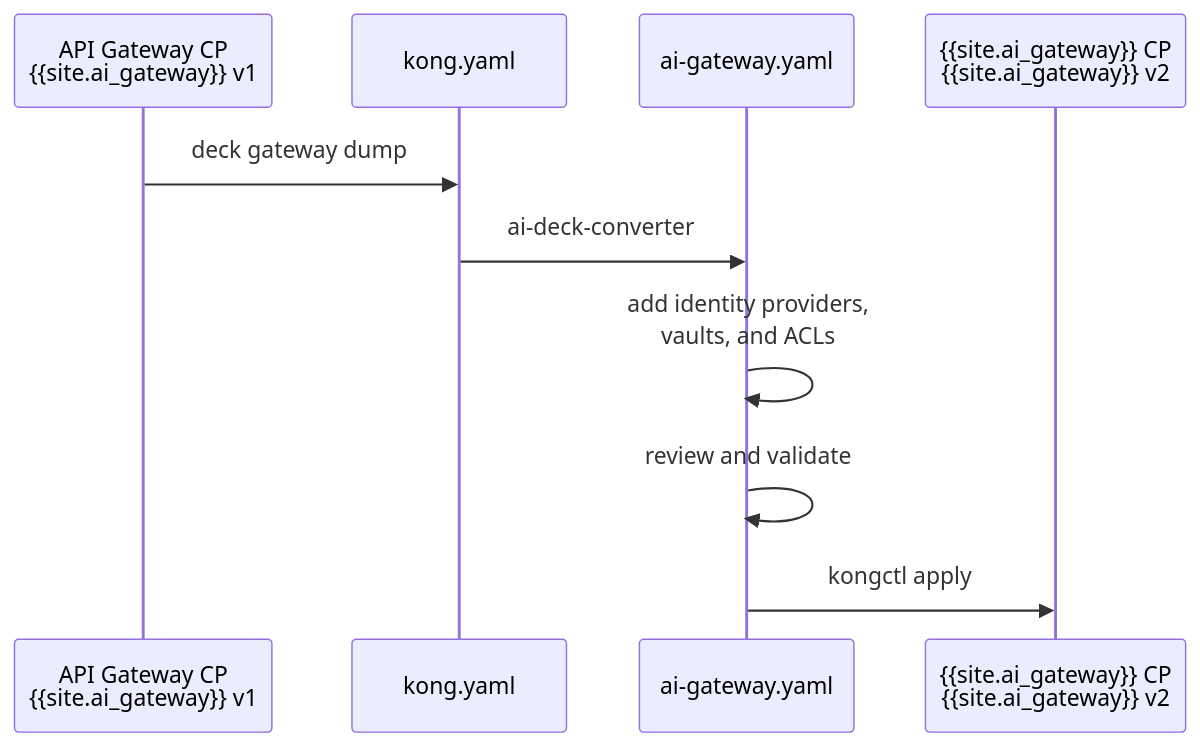
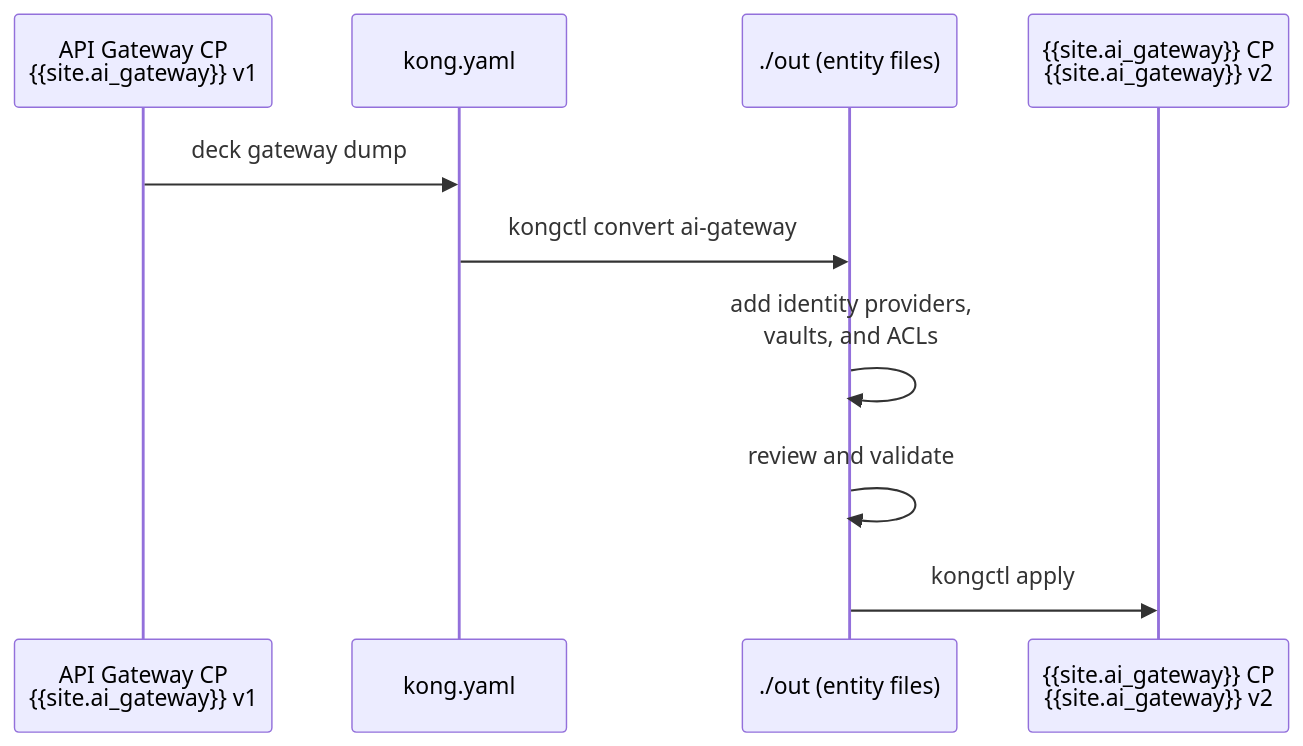
One commit to Kong/developer.konghq.com changed the diagram in app/ai-gateway/v2-migration-guide.md. Above: the diagram before and after it, drawn with Mermaid. The commit also changed other lines of this file, not shown here.

Commit message:
apply formatting and other fixes from latest kongctl version

```diff
--- a/app/ai-gateway/v2-migration-guide.md
+++ b/app/ai-gateway/v2-migration-guide.md
@@ -63,13 +64,13 @@
 {% mermaid %}
 sequenceDiagram
     participant A as API Gateway CP<br/>{{site.ai_gateway}} v1
     participant B as kong.yaml
-    participant C as ai-gateway.yaml
+    participant C as ./out (entity files)
     participant D as {{site.ai_gateway}} CP<br/>{{site.ai_gateway}} v2
 
     A->>B: deck gateway dump
-    B->>C: ai-deck-converter
+    B->>C: kongctl convert ai-gateway
     C->>C: add identity providers,<br/>vaults, and ACLs
     C->>C: review and validate
     C->>D: kongctl apply
 {% endmermaid %}
```
